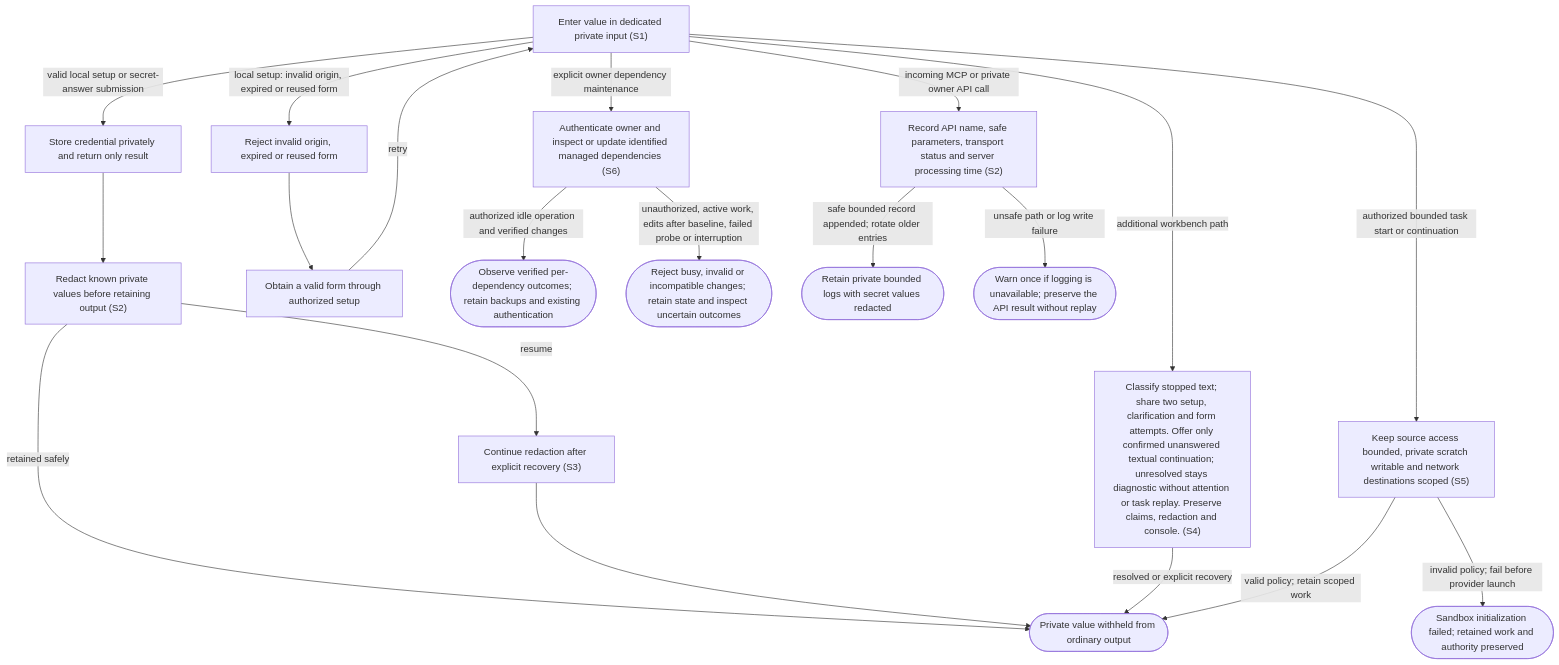
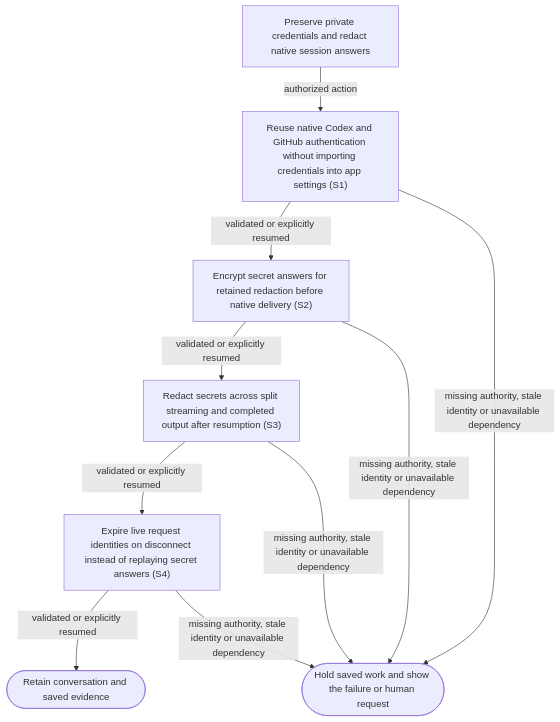
One commit to dk-code-factory/code-factory-plugin changed the diagram in docs/user-flows/protect-secrets.md. Above: the diagram before and after it, drawn with Mermaid. The commit also changed other lines of this file and 283 other files, not shown here.

First line of the commit message:
Rebuild Code Factory around retained Codex conversations

````diff
--- a/docs/user-flows/protect-secrets.md
+++ b/docs/user-flows/protect-secrets.md
@@ -51,38 +44,19 @@
 ```mermaid
 flowchart TD
-    N0["Enter value in dedicated private input #40;S1#41;"]
-    N1["Store credential privately and return only result"]
-    N2["Redact known private values before retaining output #40;S2#41;"]
-    N3["Continue redaction after explicit recovery #40;S3#41;"]
-    N4["Reject invalid origin, expired or reused form"]
-    N5["Obtain a valid form through authorized setup"]
-    N6(["Private value withheld from ordinary output"])
-    N7["Classify stopped text#59; share two setup, clarification and form attempts. Offer only confirmed unanswered textual continuation#59; unresolved stays diagnostic without attention or task replay. Preserve claims, redaction and console. #40;S4#41;"]
-    N8["Keep source access bounded, private scratch writable and network destinations scoped #40;S5#41;"]
-    N9(["Sandbox initialization failed#59; retained work and authority preserved"])
-    N10["Authenticate owner and inspect or update identified managed dependencies #40;S6#41;"]
-    N11(["Observe verified per-dependency outcomes#59; retain backups and existing authentication"])
-    N12(["Reject busy, invalid or incompatible changes#59; retain state and inspect uncertain outcomes"])
-    N13["Record API name, safe parameters, transport status and server processing time #40;S2#41;"]
-    N14(["Retain private bounded logs with secret values redacted"])
-    N15(["Warn once if logging is unavailable#59; preserve the API result without replay"])
-    N0 -->|"valid local setup or secret-answer submission"| N1
-    N0 -->|"local setup: invalid origin, expired or reused form"| N4
-    N4 --> N5
-    N5 -->|"retry"| N0
-    N1 --> N2
-    N2 -->|"resume"| N3
-    N2 -->|"retained safely"| N6
-    N3 --> N6
-    N0 -->|"additional workbench path"| N7
-    N7 -->|"resolved or explicit recovery"| N6
-    N0 -->|"authorized bounded task start or continuation"| N8
-    N8 -->|"valid policy#59; retain scoped work"| N6
-    N8 -->|"invalid policy#59; fail before provider launch"| N9
-    N0 -->|"explicit owner dependency maintenance"| N10
-    N10 -->|"authorized idle operation and verified changes"| N11
-    N10 -->|"unauthorized, active work, edits after baseline, failed probe or interruption"| N12
-    N0 -->|"incoming MCP or private owner API call"| N13
-    N13 -->|"safe bounded record appended#59; rotate older entries"| N14
-    N13 -->|"unsafe path or log write failure"| N15
+    N0["Preserve private credentials and redact native session answers"]
+    N1["Reuse native Codex and GitHub authentication without importing credentials into app settings #40;S1#41;"]
+    N2["Encrypt secret answers for retained redaction before native delivery #40;S2#41;"]
+    N3["Redact secrets across split streaming and completed output after resumption #40;S3#41;"]
+    N4["Expire live request identities on disconnect instead of replaying secret answers #40;S4#41;"]
+    N5(["Hold saved work and show the failure or human request"])
+    N6(["Retain conversation and saved evidence"])
+    N0 -->|"authorized action"| N1
+    N1 -->|"validated or explicitly resumed"| N2
+    N1 -->|"missing authority, stale identity or unavailable dependency"| N5
+    N2 -->|"validated or explicitly resumed"| N3
+    N2 -->|"missing authority, stale identity or unavailable dependency"| N5
+    N3 -->|"validated or explicitly resumed"| N4
+    N3 -->|"missing authority, stale identity or unavailable dependency"| N5
+    N4 -->|"validated or explicitly resumed"| N6
+    N4 -->|"missing authority, stale identity or unavailable dependency"| N5
 ```
````
